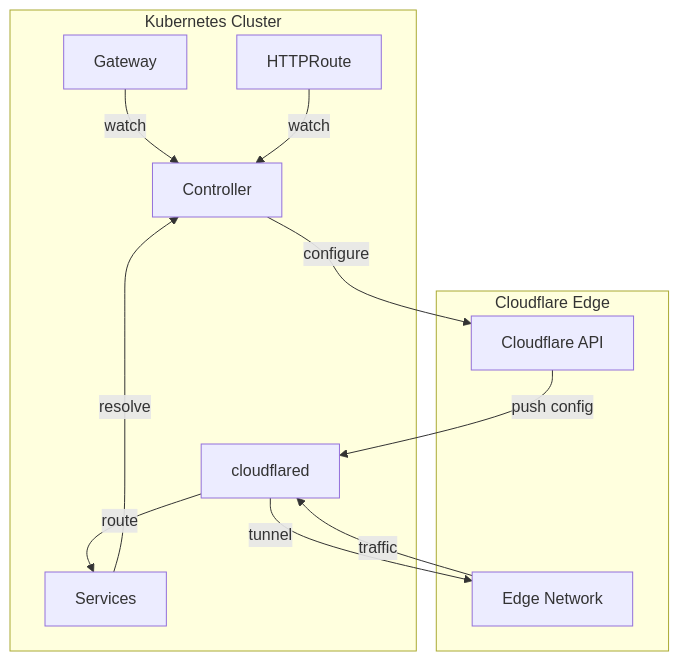
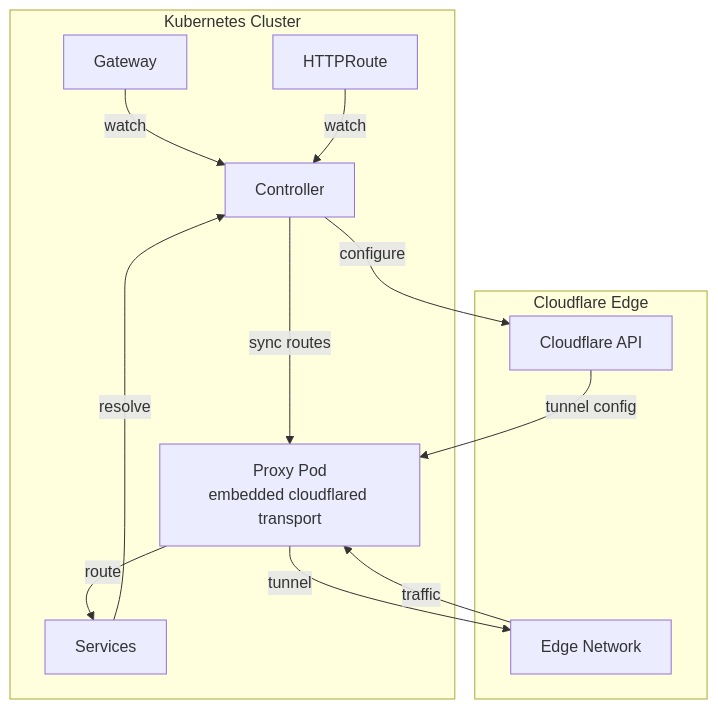
The first of 7 diagrams in docs/development/architecture.md (lexfrei/cloudflare-tunnel-gateway-controller), drawn with Mermaid before and after one commit. The commit also changed other lines of this file and 2 other files, not shown here.

Commit message:
docs: remove pre-v3 historical docs content

````diff
--- a/docs/development/architecture.md
+++ b/docs/development/architecture.md
@@ -9,24 +9,25 @@
 ```mermaid
 flowchart TB
     subgraph Kubernetes["Kubernetes Cluster"]
         GW[Gateway]
         HR[HTTPRoute]
         SVC[Services]
         CTRL[Controller]
-        CFD[cloudflared]
+        PROXY[Proxy Pod<br/>embedded cloudflared transport]
     end
 
     subgraph Cloudflare["Cloudflare Edge"]
         API[Cloudflare API]
         EDGE[Edge Network]
     end
 
     GW -->|watch| CTRL
     HR -->|watch| CTRL
     SVC -->|resolve| CTRL
     CTRL -->|configure| API
-    API -->|push config| CFD
-    CFD -->|tunnel| EDGE
-    EDGE -->|traffic| CFD
-    CFD -->|route| SVC
+    CTRL -->|sync routes| PROXY
+    API -->|tunnel config| PROXY
+    PROXY -->|tunnel| EDGE
+    EDGE -->|traffic| PROXY
+    PROXY -->|route| SVC
 ```
````
